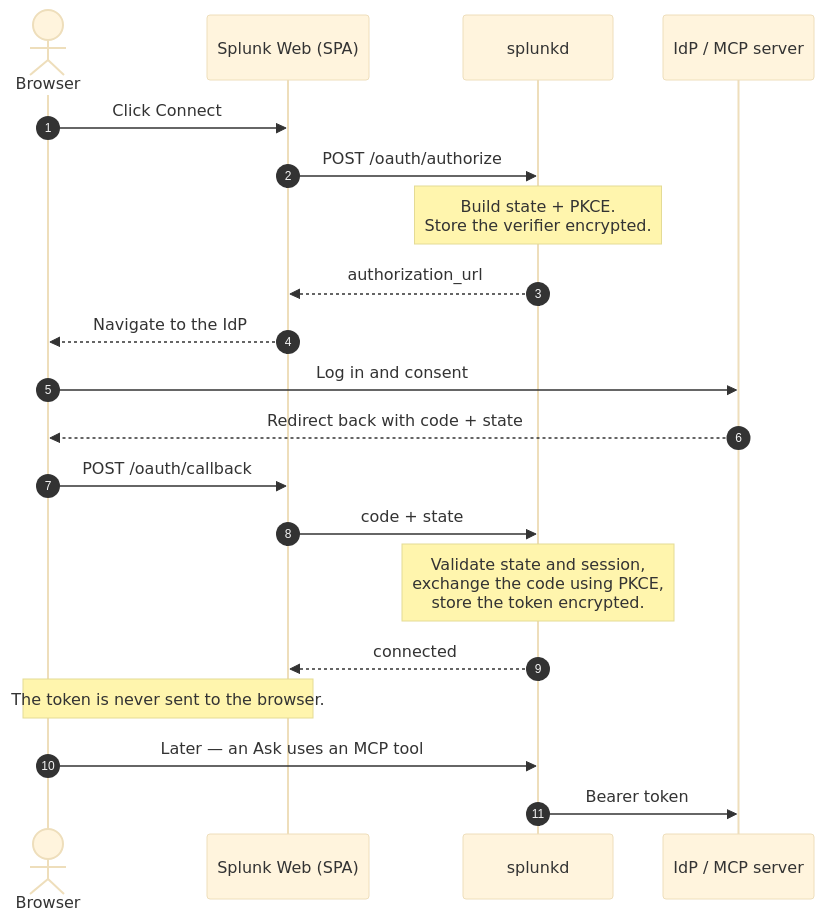
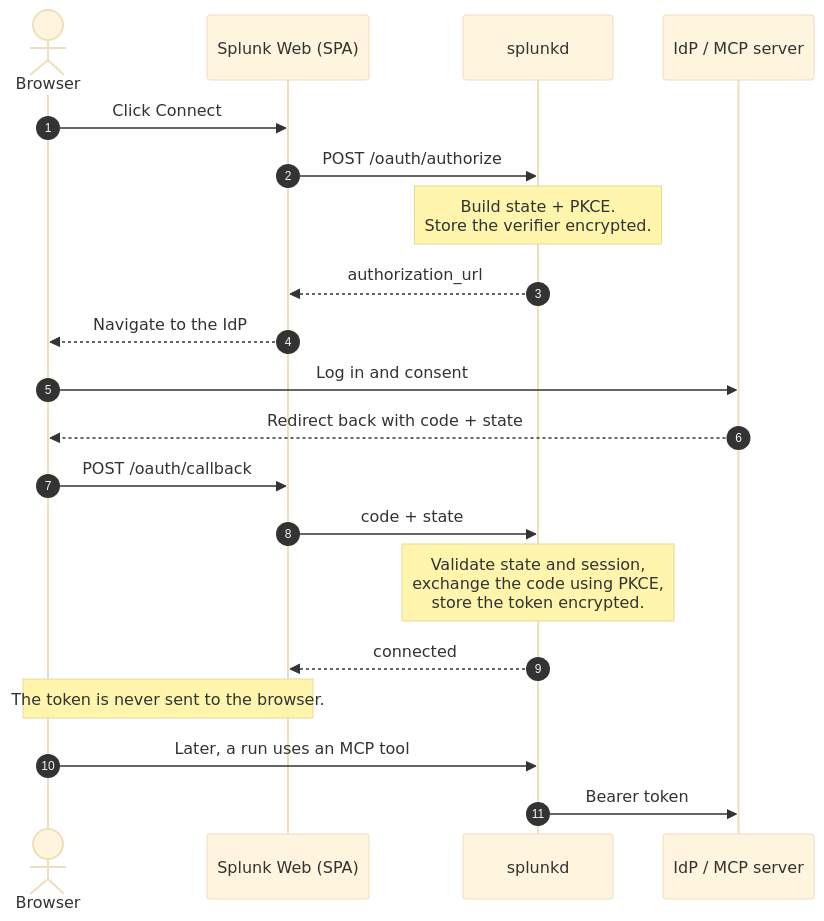
One commit to elekanne/adjutant-ai-docs changed the diagram in adjutant-ai/admin/tools/mcp-oauth.md. Above: the diagram before and after it, drawn with Mermaid (base theme). The commit also changed other lines of this file and 42 other files, not shown here.

````diff
--- a/adjutant-ai/admin/tools/mcp-oauth.md
+++ b/adjutant-ai/admin/tools/mcp-oauth.md
@@ -39,23 +39,23 @@
 ```mermaid
 sequenceDiagram
     autonumber
     actor B as Browser
     participant S as Splunk Web (SPA)
     participant D as splunkd
     participant I as IdP / MCP server
 
     B->>S: Click Connect
     S->>D: POST /oauth/authorize
     Note over D: Build state + PKCE.<br/>Store the verifier encrypted.
     D-->>S: authorization_url
     S-->>B: Navigate to the IdP
     B->>I: Log in and consent
     I-->>B: Redirect back with code + state
     B->>S: POST /oauth/callback
     S->>D: code + state
     Note over D: Validate state and session,<br/>exchange the code using PKCE,<br/>store the token encrypted.
     D-->>S: connected
     Note over S,B: The token is never sent to the browser.
-    B->>D: Later — an Ask uses an MCP tool
+    B->>D: Later, a run uses an MCP tool
     D->>I: Bearer token
 ```
````
